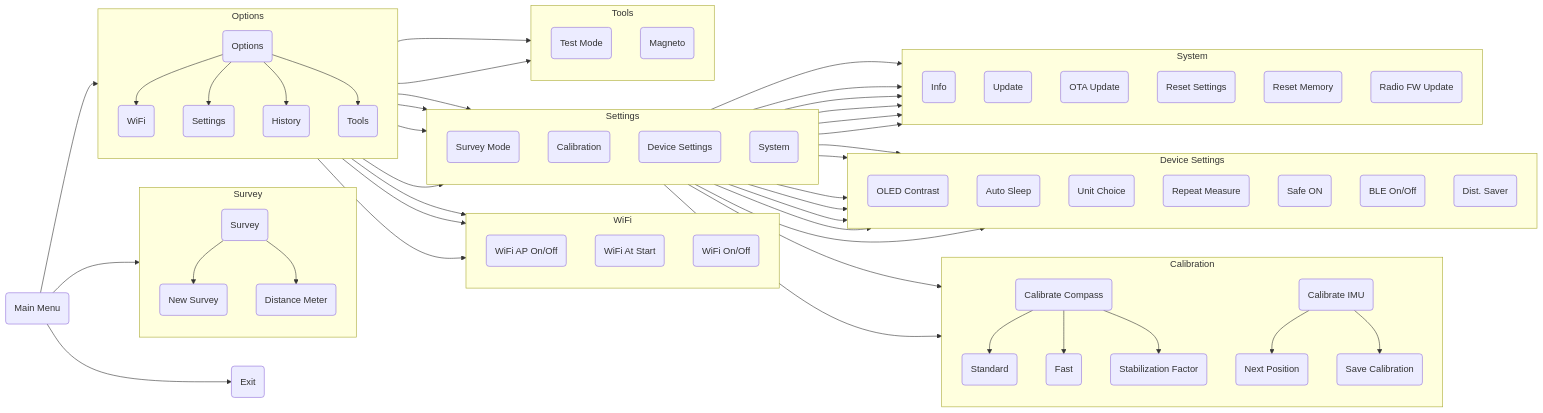
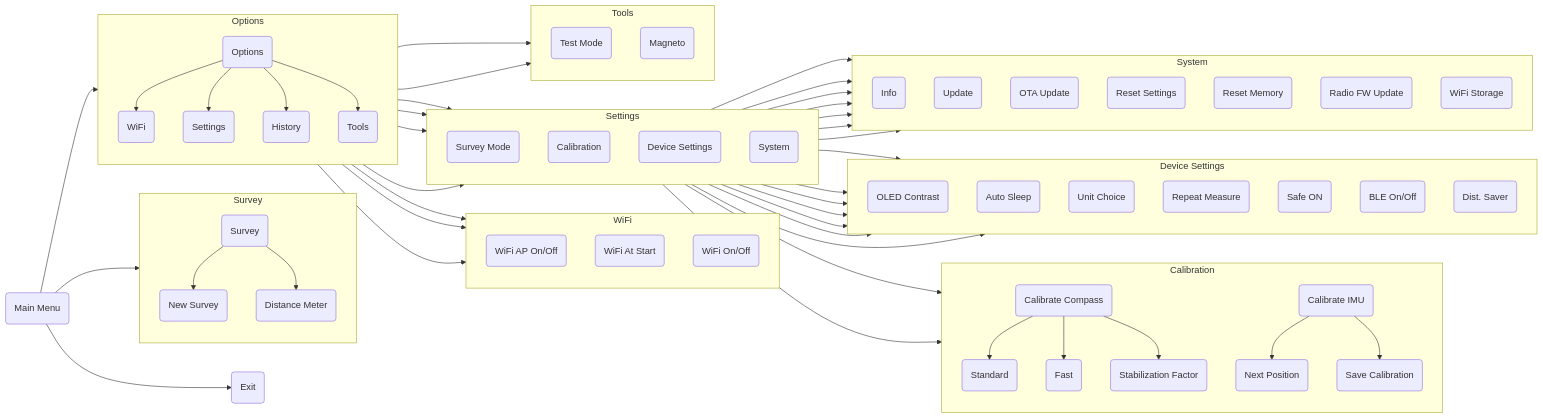
One commit to SebKister/JedEye-Documentation changed the diagram in website/docs/Menus-Overview.md. Above: the diagram before and after it, drawn with Mermaid. The commit also changed 7 other files, not shown here.

```diff
--- a/website/docs/Menus-Overview.md
+++ b/website/docs/Menus-Overview.md
@@ -112,6 +112,7 @@
         ResetSet(Reset Settings)
         ResetMem(Reset Memory)
         RadioFW(Radio FW Update)
+        WiFiStorage(WiFi Storage)
         
         System --> SysInfo
         System --> Update
@@ -119,6 +120,7 @@
         System --> ResetSet
         System --> ResetMem
         System --> RadioFW
+        System --> WiFiStorage
     end
 
     
```
